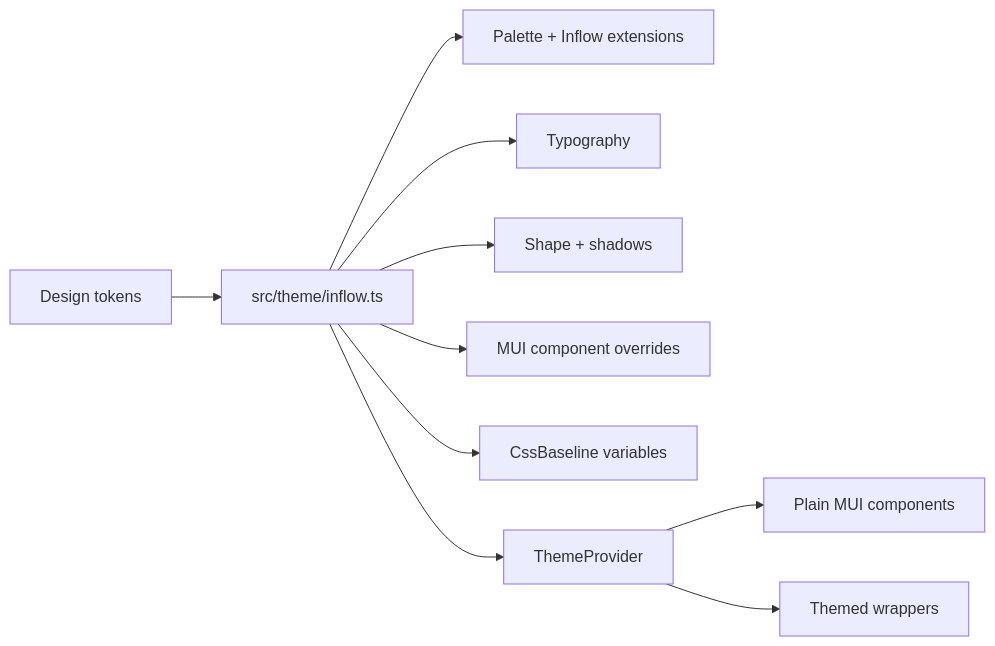
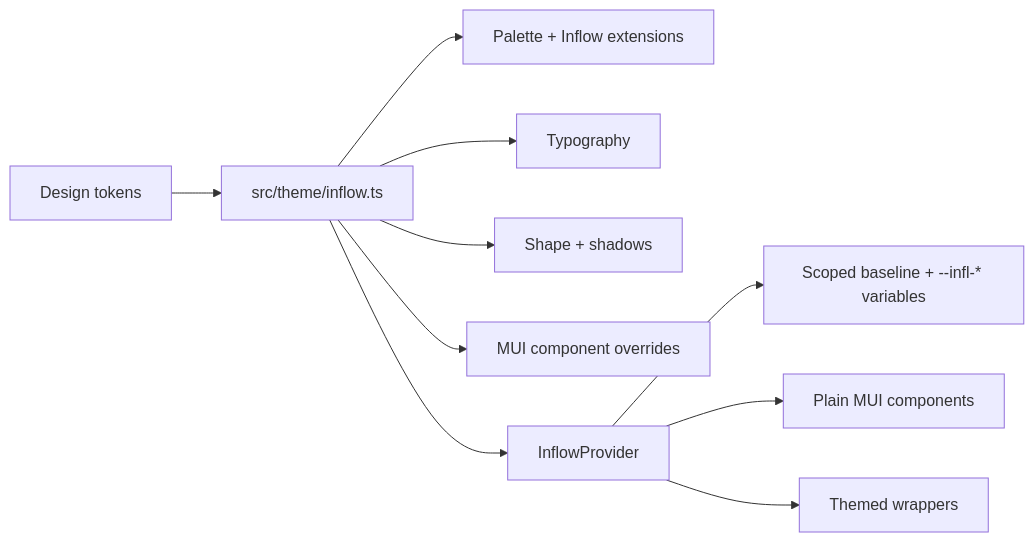
The second of 3 diagrams in docs/ARCHITECTURE.md (inRiver/inflow-react), drawn with Mermaid before and after one commit. The commit also changed other lines of this file and 3 other files, not shown here.

First line of the commit message:
Document InflowProvider as the recommended package entry point

````diff
--- a/docs/ARCHITECTURE.md
+++ b/docs/ARCHITECTURE.md
@@ -61,13 +66,12 @@
 ```mermaid
 flowchart LR
   Tokens["Design tokens"] --> Theme["src/theme/inflow.ts"]
   Theme --> Palette["Palette + Inflow extensions"]
   Theme --> Typography["Typography"]
   Theme --> Shape["Shape + shadows"]
   Theme --> Overrides["MUI component overrides"]
-  Theme --> Baseline["CssBaseline variables"]
-
-  Theme --> Provider["ThemeProvider"]
+  Theme --> Provider["InflowProvider"]
+  Provider --> Baseline["Scoped baseline + --infl-* variables"]
   Provider --> Mui["Plain MUI components"]
   Provider --> Wrappers["Themed wrappers"]
 ```
````
